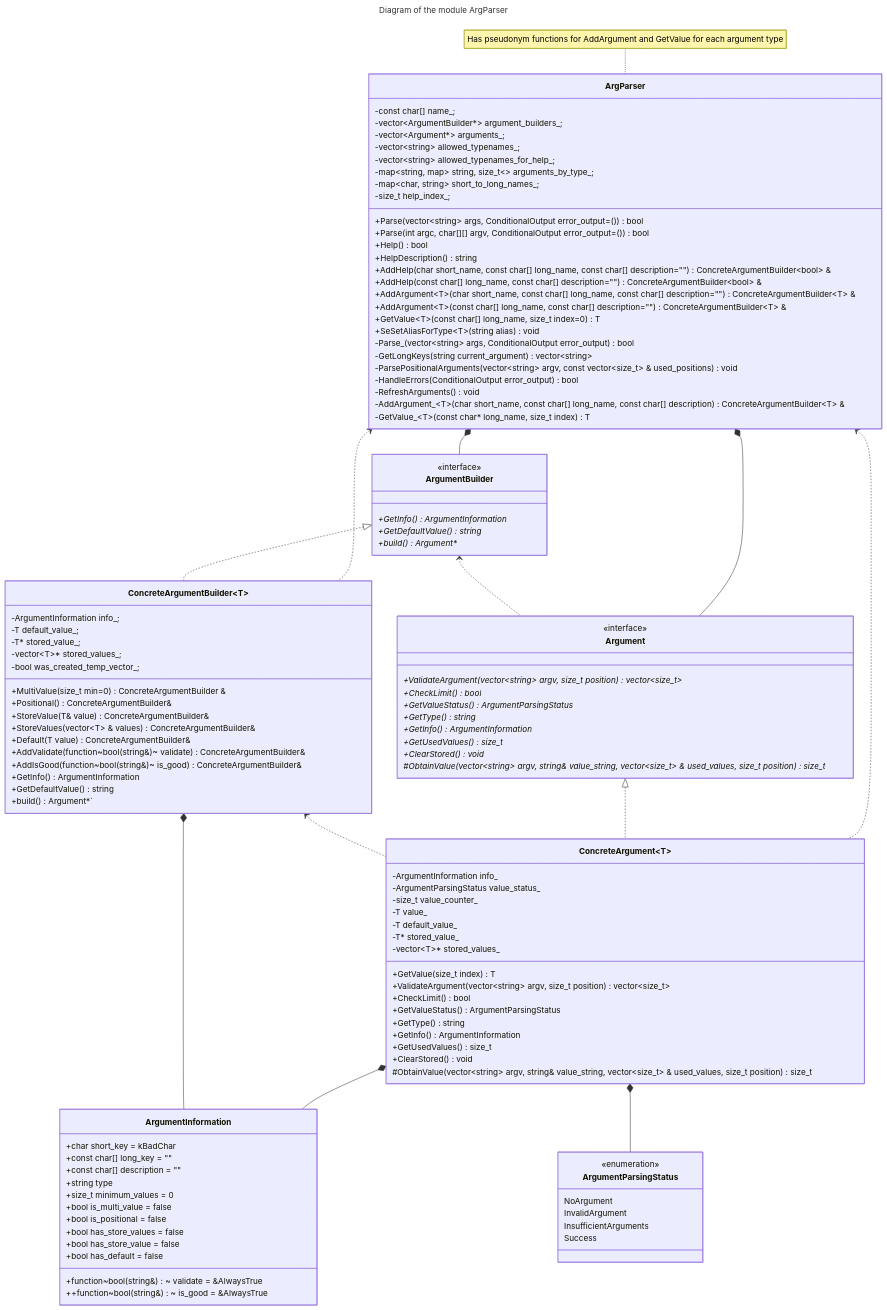
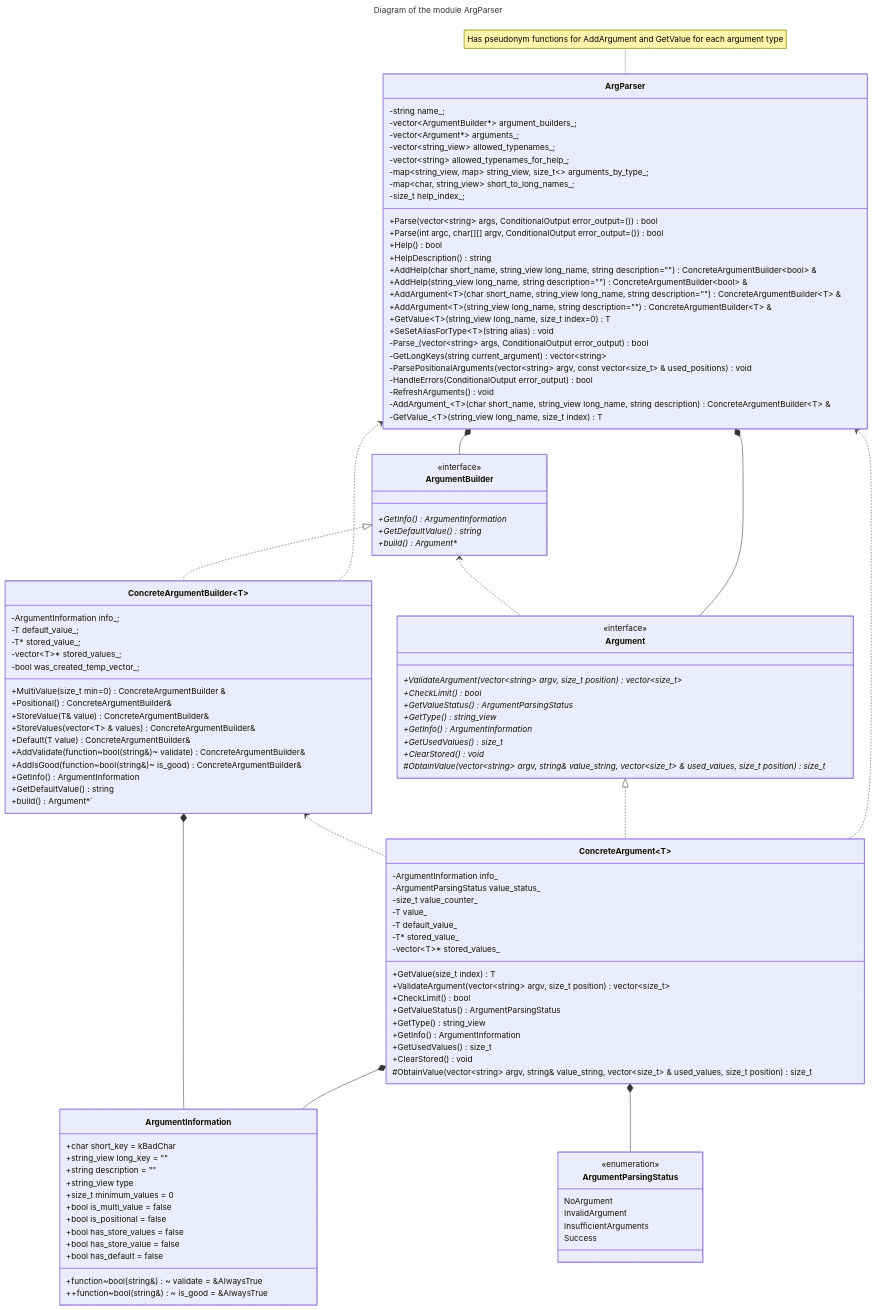
Before and after one commit to bialger/ArgParser: the second of 2 diagrams in lib/argparser/docs/dev/architecture.md, drawn with Mermaid. The commit also changed other lines of this file and 1 other file, not shown here.

Commit message:
Update dev documentation and add instruction to README

```diff
--- a/lib/argparser/docs/dev/architecture.md
+++ b/lib/argparser/docs/dev/architecture.md
@@ -40,38 +40,38 @@
     direction TB
     note for ArgParser "Has pseudonym functions for AddArgument and GetValue for each argument type"
     class ArgParser {
-        -const char[] name_;
+        -string name_;
         -vector~ArgumentBuilder*~ argument_builders_;
         -vector~Argument*~ arguments_;
-        -vector~string~ allowed_typenames_;
+        -vector~string_view~ allowed_typenames_;
         -vector~string~ allowed_typenames_for_help_;
-        -map~string, map~ string, size_t~~ arguments_by_type_;
-        -map~char, string~ short_to_long_names_;
+        -map~string_view, map~ string_view, size_t~~ arguments_by_type_;
+        -map~char, string_view~ short_to_long_names_;
         -size_t help_index_;
         +Parse(vector~string~ args, ConditionalOutput error_output=()) bool
         +Parse(int argc, char[][] argv, ConditionalOutput error_output=()) bool
         +Help() bool
         +HelpDescription() string
-        +AddHelp(char short_name, const char[] long_name, const char[] description="") ConcreteArgumentBuilder~bool~ &
-        +AddHelp(const char[] long_name, const char[] description="") ConcreteArgumentBuilder~bool~ &
-        +AddArgument~T~(char short_name, const char[] long_name, const char[] description="") ConcreteArgumentBuilder~T~ &
-        +AddArgument~T~(const char[] long_name, const char[] description="") ConcreteArgumentBuilder~T~ &
-        +GetValue~T~(const char[] long_name, size_t index=0) T
+        +AddHelp(char short_name, string_view long_name, string description="") ConcreteArgumentBuilder~bool~ &
+        +AddHelp(string_view long_name, string description="") ConcreteArgumentBuilder~bool~ &
+        +AddArgument~T~(char short_name, string_view long_name, string description="") ConcreteArgumentBuilder~T~ &
+        +AddArgument~T~(string_view long_name, string description="") ConcreteArgumentBuilder~T~ &
+        +GetValue~T~(string_view long_name, size_t index=0) T
         +SeSetAliasForType~T~(string alias) void
         -Parse_(vector~string~ args, ConditionalOutput error_output) bool
         -GetLongKeys(string current_argument) vector~string~
         -ParsePositionalArguments(vector~string~ argv, const vector~size_t~ & used_positions) void
         -HandleErrors(ConditionalOutput error_output) bool
         -RefreshArguments() void
-        -AddArgument_~T~(char short_name, const char[] long_name, const char[] description) ConcreteArgumentBuilder~T~ &
-        -GetValue_~T~(const char* long_name, size_t index) T
+        -AddArgument_~T~(char short_name, string_view long_name, string description) ConcreteArgumentBuilder~T~ &
+        -GetValue_~T~(string_view long_name, size_t index) T
     }
     class Argument {
         <<interface>>
         +ValidateArgument(vector~string~ argv, size_t position)* vector~size_t~
         +CheckLimit()* bool
         +GetValueStatus()* ArgumentParsingStatus
-        +GetType()* string
+        +GetType()* string_view
         +GetInfo()* ArgumentInformation
         +GetUsedValues()* size_t
         +ClearStored()* void
@@ -95,7 +95,7 @@
         +ValidateArgument(vector~string~ argv, size_t position) vector~size_t~
         +CheckLimit() bool
         +GetValueStatus() ArgumentParsingStatus
-        +GetType() string
+        +GetType() string_view
         +GetInfo() ArgumentInformation
         +GetUsedValues() size_t
         +ClearStored() void
@@ -120,9 +120,9 @@
     }
     class ArgumentInformation {
         +char short_key = kBadChar
-        +const char[] long_key = ""
-        +const char[] description = ""
-        +string type
+        +string_view long_key = ""
+        +string description = ""
+        +string_view type
         +size_t minimum_values = 0
         +bool is_multi_value = false
         +bool is_positional = false
```
